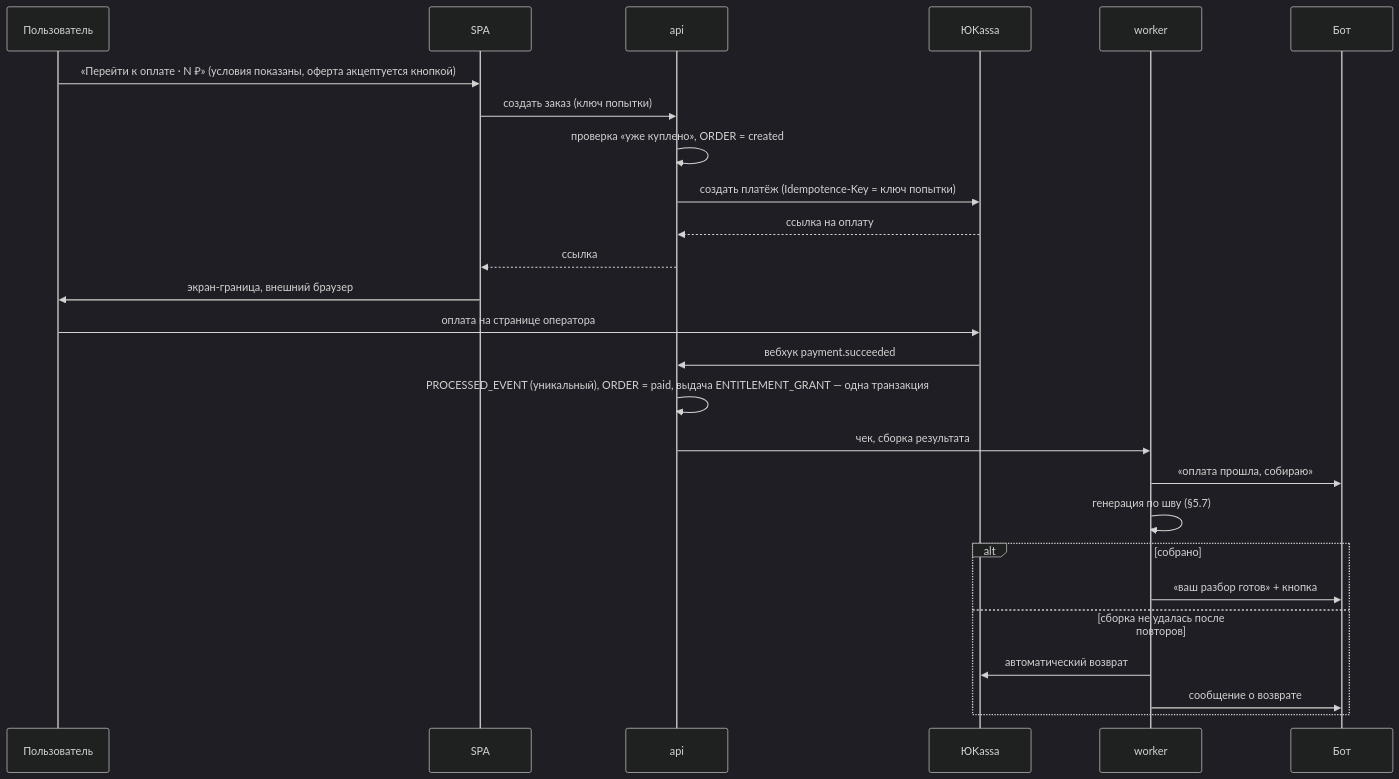
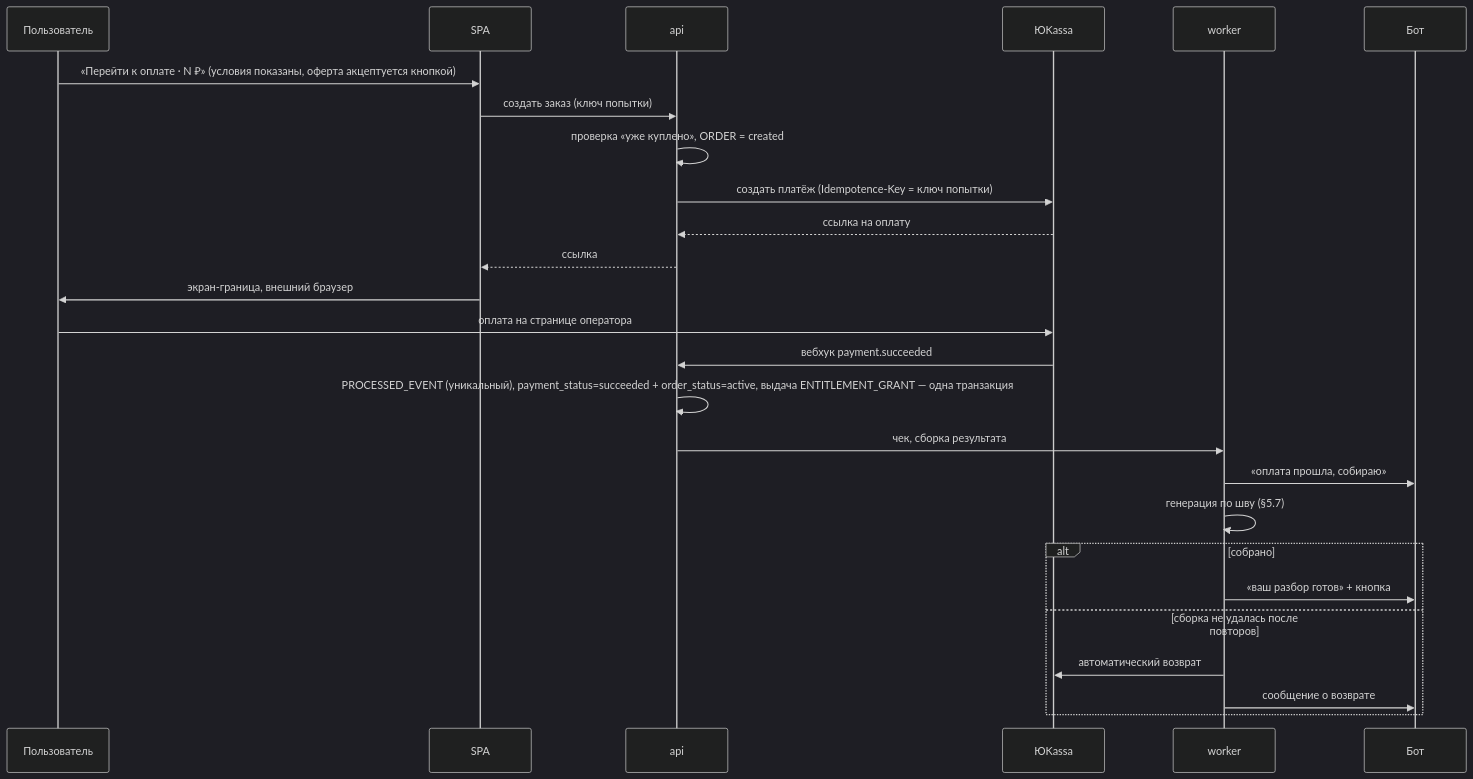
Diagram 15 of 19 in docs/grillmax/ARCHITECTURE.md (tyshenkoanton-eng/lunora), drawn with Mermaid (dark theme) before and after one commit. The commit also changed other lines of this file and 3 other files, not shown here.

````diff
--- a/docs/grillmax/ARCHITECTURE.md
+++ b/docs/grillmax/ARCHITECTURE.md
@@ -1177,28 +1177,28 @@
 ```mermaid
 sequenceDiagram
     participant U as Пользователь
     participant S as SPA
     participant A as api
     participant Y as ЮKassa
     participant W as worker
     participant B as Бот
     U->>S: «Перейти к оплате · N ₽» (условия показаны, оферта акцептуется кнопкой)
     S->>A: создать заказ (ключ попытки)
     A->>A: проверка «уже куплено», ORDER = created
     A->>Y: создать платёж (Idempotence-Key = ключ попытки)
     Y-->>A: ссылка на оплату
     A-->>S: ссылка
     S->>U: экран-граница, внешний браузер
     U->>Y: оплата на странице оператора
     Y->>A: вебхук payment.succeeded
-    A->>A: PROCESSED_EVENT (уникальный), ORDER = paid, выдача ENTITLEMENT_GRANT — одна транзакция
+    A->>A: PROCESSED_EVENT (уникальный), payment_status=succeeded + order_status=active, выдача ENTITLEMENT_GRANT — одна транзакция
     A->>W: чек, сборка результата
     W->>B: «оплата прошла, собираю»
     W->>W: генерация по шву (§5.7)
     alt собрано
         W->>B: «ваш разбор готов» + кнопка
     else сборка не удалась после повторов
         W->>Y: автоматический возврат
         W->>B: сообщение о возврате
     end
 ```
````
